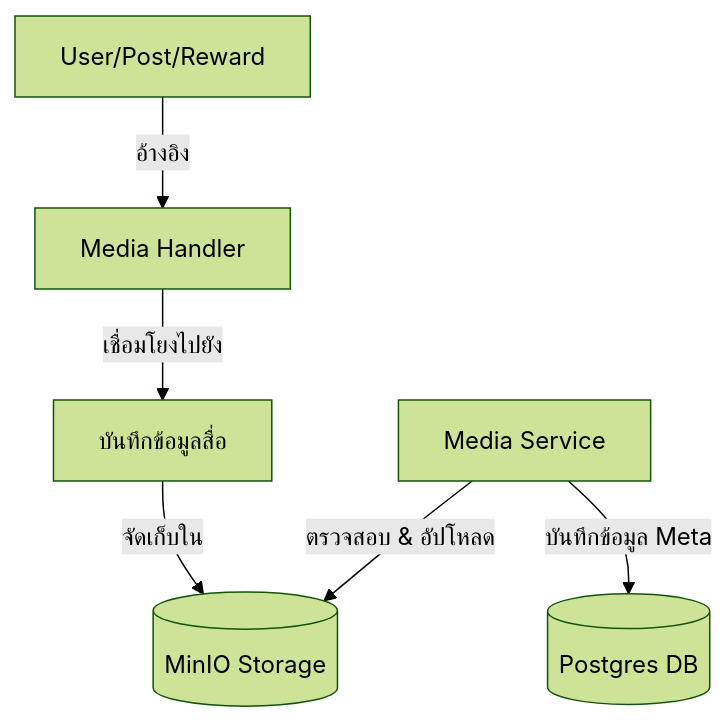
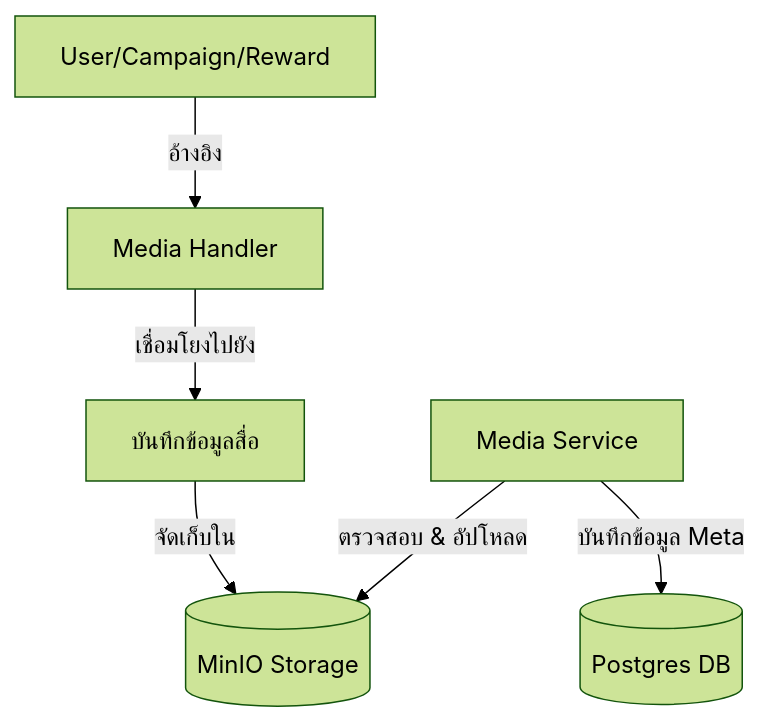
Before and after one commit to o-kard/okard-backend: the diagram in docs/developer_manual/th/media_module_manual.md, drawn with Mermaid (forest theme). The commit also changed other lines of this file and 15 other files, not shown here.

````diff
--- a/docs/developer_manual/th/media_module_manual.md
+++ b/docs/developer_manual/th/media_module_manual.md
@@ -25,9 +25,9 @@
 ```mermaid
 graph TD
-    User[User/Post/Reward] -->|อ้างอิง| Handler[Media Handler]
+    User[User/Campaign/Reward] -->|อ้างอิง| Handler[Media Handler]
     Handler -->|เชื่อมโยงไปยัง| Media[บันทึกข้อมูลสื่อ]
     Media -->|จัดเก็บใน| Minio[(MinIO Storage)]
     
     Service[Media Service] -->|ตรวจสอบ & อัปโหลด| Minio
     Service -->|บันทึกข้อมูล Meta| DB[(Postgres DB)]
 ```
````
